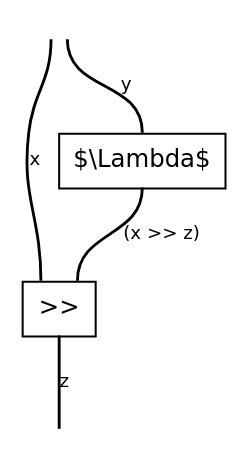
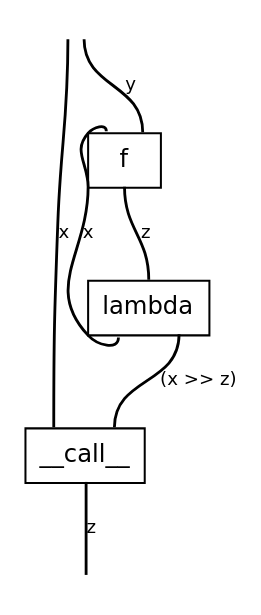
The diagram in docs/_static/cmap/biclosed-curry-right.dot (discopy/discopy), drawn with Graphviz before and after one commit. The commit also changed 7 other files, not shown here.

```diff
--- a/docs/_static/cmap/biclosed-curry-right.dot
+++ b/docs/_static/cmap/biclosed-curry-right.dot
@@ -1,15 +1,18 @@
 graph cmap {
   graph [bgcolor="white", fontname="DejaVu Sans", layout="dot", margin="0.04", outputorder="edgesfirst", overlap="false", rankdir="TB", splines="true"];
   node [color="black", fontname="DejaVu Sans", fontsize="12", margin="0", shape="plain"];
   edge [color="black", fontname="DejaVu Sans", fontsize="9", headclip="true", penwidth="1.4", tailclip="true"];
-  v0 [label=<<TABLE BORDER="0" CELLBORDER="0" CELLSPACING="0"><TR><TD PORT="p2" TOOLTIP="dom 0: y (up)" BORDER="0" CELLPADDING="0" COLSPAN="1" WIDTH="18" HEIGHT="0"></TD></TR><TR><TD BORDER="1" CELLPADDING="6" COLSPAN="1" WIDTH="18">$\Lambda$</TD></TR><TR><TD PORT="p3" TOOLTIP="cod 0: (x &gt;&gt; z) (down)" BORDER="0" CELLPADDING="0" COLSPAN="1" WIDTH="18" HEIGHT="0"></TD></TR></TABLE>>];
-  v1 [label=<<TABLE BORDER="0" CELLBORDER="0" CELLSPACING="0"><TR><TD PORT="p4" TOOLTIP="dom 0: x (up)" BORDER="0" CELLPADDING="0" COLSPAN="1" WIDTH="18" HEIGHT="0"></TD><TD PORT="p5" TOOLTIP="dom 1: (x &gt;&gt; z) (up)" BORDER="0" CELLPADDING="0" COLSPAN="1" WIDTH="18" HEIGHT="0"></TD></TR><TR><TD BORDER="1" CELLPADDING="6" COLSPAN="2" WIDTH="36">&gt;&gt;</TD></TR><TR><TD PORT="p6" TOOLTIP="cod 0: z (down)" BORDER="0" CELLPADDING="0" COLSPAN="2" WIDTH="36" HEIGHT="0"></TD></TR></TABLE>>];
+  v0 [label=<<TABLE BORDER="0" CELLBORDER="0" CELLSPACING="0"><TR><TD PORT="p2" TOOLTIP="dom 0: x (up)" BORDER="0" CELLPADDING="0" COLSPAN="1" WIDTH="18" HEIGHT="0"></TD><TD PORT="p3" TOOLTIP="dom 1: y (up)" BORDER="0" CELLPADDING="0" COLSPAN="1" WIDTH="18" HEIGHT="0"></TD></TR><TR><TD BORDER="1" CELLPADDING="6" COLSPAN="2" WIDTH="36">f</TD></TR><TR><TD PORT="p4" TOOLTIP="cod 0: z (down)" BORDER="0" CELLPADDING="0" COLSPAN="2" WIDTH="36" HEIGHT="0"></TD></TR></TABLE>>];
+  v1 [label=<<TABLE BORDER="0" CELLBORDER="0" CELLSPACING="0"><TR><TD PORT="p5" TOOLTIP="dom 0: z (up)" BORDER="0" CELLPADDING="0" COLSPAN="2" WIDTH="36" HEIGHT="0"></TD></TR><TR><TD BORDER="1" CELLPADDING="6" COLSPAN="2" WIDTH="36">lambda</TD></TR><TR><TD PORT="p7" TOOLTIP="cod 0: x (down)" BORDER="0" CELLPADDING="0" COLSPAN="1" WIDTH="18" HEIGHT="0"></TD><TD PORT="p6" TOOLTIP="cod 1: (x &gt;&gt; z) (down)" BORDER="0" CELLPADDING="0" COLSPAN="1" WIDTH="18" HEIGHT="0"></TD></TR></TABLE>>];
+  v2 [label=<<TABLE BORDER="0" CELLBORDER="0" CELLSPACING="0"><TR><TD PORT="p8" TOOLTIP="dom 0: x (up)" BORDER="0" CELLPADDING="0" COLSPAN="1" WIDTH="18" HEIGHT="0"></TD><TD PORT="p9" TOOLTIP="dom 1: (x &gt;&gt; z) (up)" BORDER="0" CELLPADDING="0" COLSPAN="1" WIDTH="18" HEIGHT="0"></TD></TR><TR><TD BORDER="1" CELLPADDING="6" COLSPAN="2" WIDTH="36">__call__</TD></TR><TR><TD PORT="p10" TOOLTIP="cod 0: z (down)" BORDER="0" CELLPADDING="0" COLSPAN="2" WIDTH="36" HEIGHT="0"></TD></TR></TABLE>>];
   input [label=<<TABLE BORDER="0" CELLBORDER="0" CELLSPACING="0"><TR><TD PORT="p0" TOOLTIP="input 0: x" BORDER="0" CELLPADDING="4"></TD><TD PORT="p1" TOOLTIP="input 1: y" BORDER="0" CELLPADDING="4"></TD></TR></TABLE>>];
-  output [label=<<TABLE BORDER="0" CELLBORDER="0" CELLSPACING="0"><TR><TD PORT="p7" TOOLTIP="output 0: z" BORDER="0" CELLPADDING="4"></TD></TR></TABLE>>];
+  output [label=<<TABLE BORDER="0" CELLBORDER="0" CELLSPACING="0"><TR><TD PORT="p11" TOOLTIP="output 0: z" BORDER="0" CELLPADDING="4"></TD></TR></TABLE>>];
   { rank=min; input; }
   { rank=max; output; }
-  input:p0:s -- v1:p4:n [label="x", labeldistance="1.6", len="0.85"];
-  input:p1:s -- v0:p2:n [label="y", labeldistance="1.6", len="0.85"];
-  v0:p3:s -- v1:p5:n [label="(x >> z)", labeldistance="1.6", len="0.85"];
-  v1:p6:s -- output:p7:n [label="z", labeldistance="1.6", len="0.85"];
+  input:p0:s -- v2:p8:n [label="x", labeldistance="1.6", len="0.85"];
+  input:p1:s -- v0:p3:n [label="y", labeldistance="1.6", len="0.85"];
+  v0:p2:n -- v1:p7:s [label="x", labeldistance="1.6", len="0.85"];
+  v0:p4:s -- v1:p5:n [label="z", labeldistance="1.6", len="0.85"];
+  v1:p6:s -- v2:p9:n [label="(x >> z)", labeldistance="1.6", len="0.85"];
+  v2:p10:s -- output:p11:n [label="z", labeldistance="1.6", len="0.85"];
 }
```
